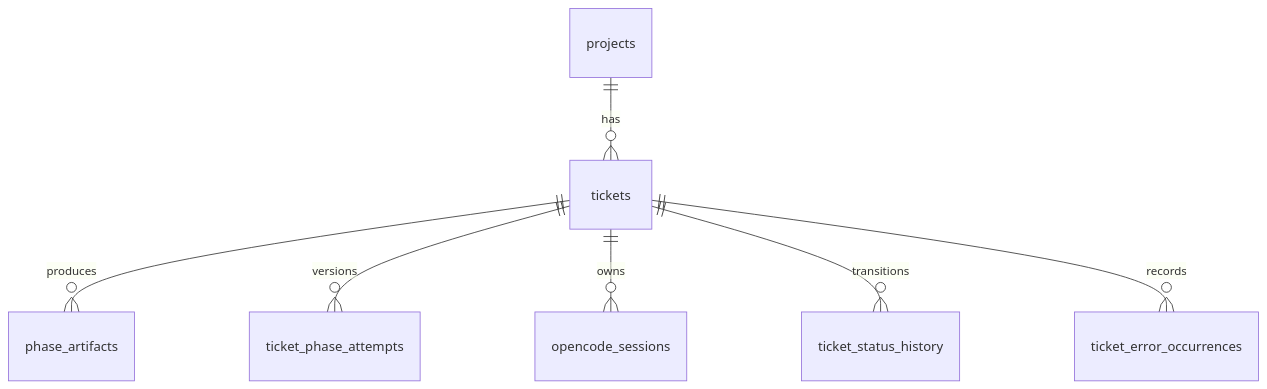
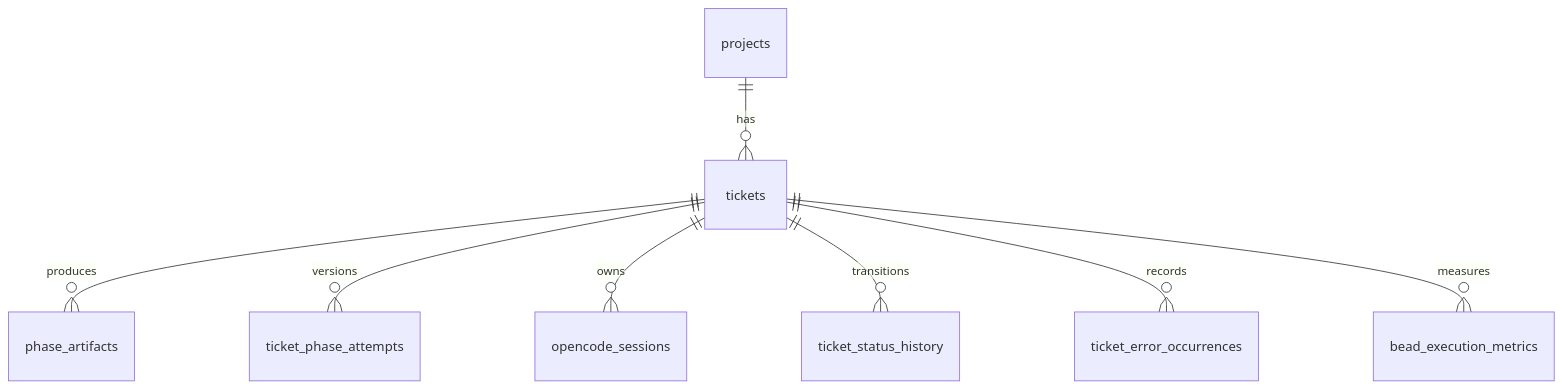
One commit to antclt/LoopTroop changed the diagram in docs/database-schema.md. Above: the diagram before and after it, drawn with Mermaid. The commit also changed other lines of this file and 23 other files, not shown here.

````diff
--- a/docs/database-schema.md
+++ b/docs/database-schema.md
@@ -246,9 +271,10 @@
 ```mermaid
 erDiagram
     projects ||--o{ tickets : has
     tickets ||--o{ phase_artifacts : produces
     tickets ||--o{ ticket_phase_attempts : versions
     tickets ||--o{ opencode_sessions : owns
     tickets ||--o{ ticket_status_history : transitions
     tickets ||--o{ ticket_error_occurrences : records
+    tickets ||--o{ bead_execution_metrics : measures
 ```
````
